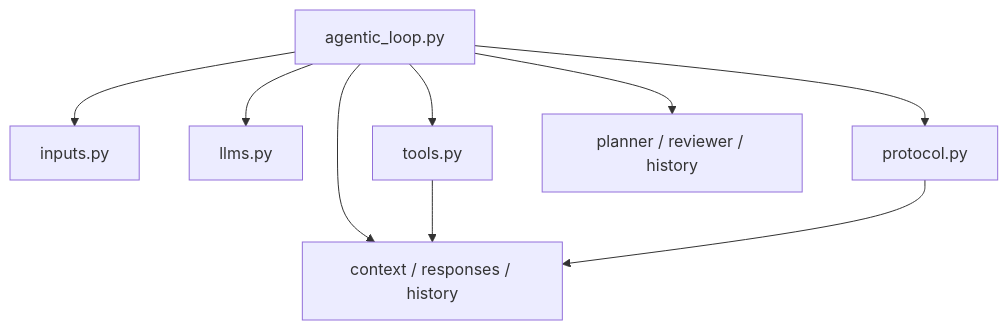
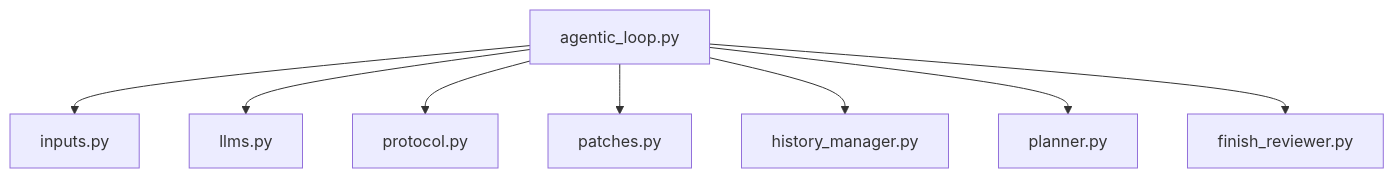
Before and after one commit to mtov/minixx: the fourth of 4 diagrams in README.md, drawn with Mermaid. The commit also changed other lines of this file, not shown here.

Commit message:
docs: split README architecture into high-level and core diagrams

````diff
--- a/README.md
+++ b/README.md
@@ -105,19 +127,19 @@
 ```mermaid
 flowchart TD
     A["agentic_loop.py"]
     B["inputs.py"]
     C["llms.py"]
     D["protocol.py"]
-    E["tools.py"]
-    F["planner / reviewer / history"]
-    G["context / responses / history"]
+    E["patches.py"]
+    F["history_manager.py"]
+    G["planner.py"]
+    H["finish_reviewer.py"]
 
     A --> B
     A --> C
     A --> D
     A --> E
     A --> F
     A --> G
-    E --> G
-    D --> G
+    A --> H
 ```
````
